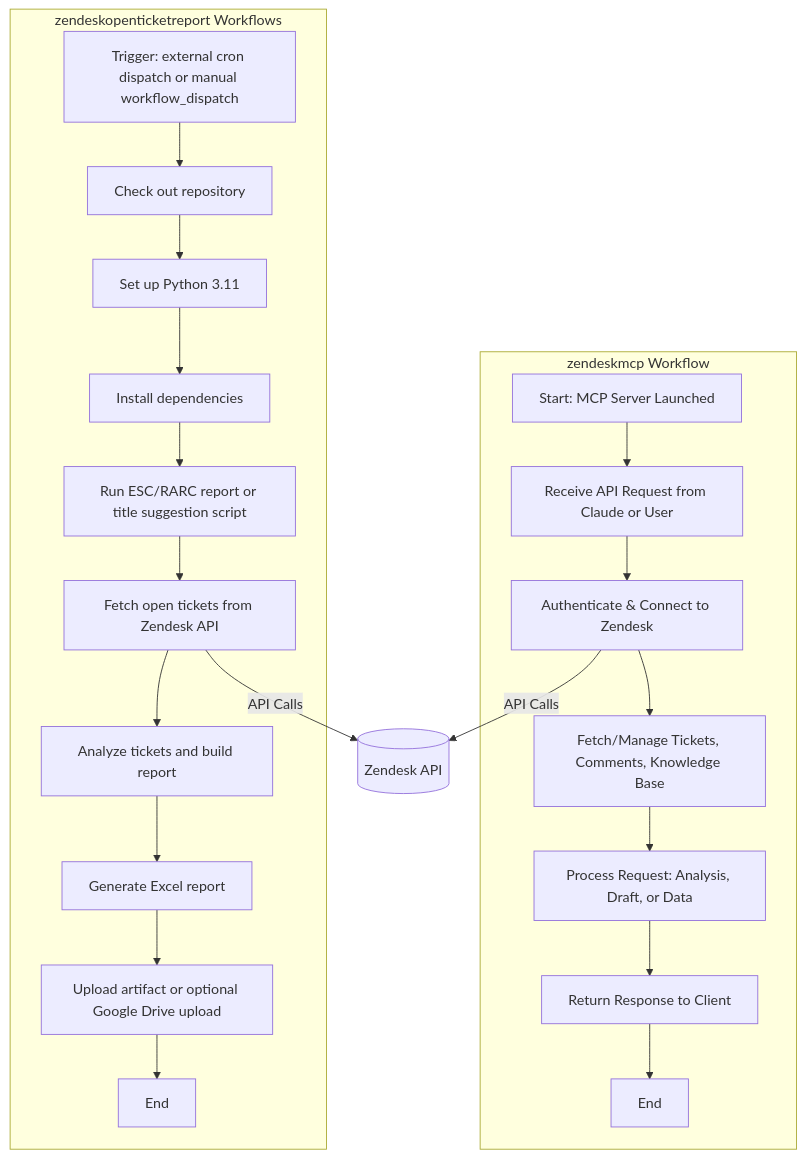
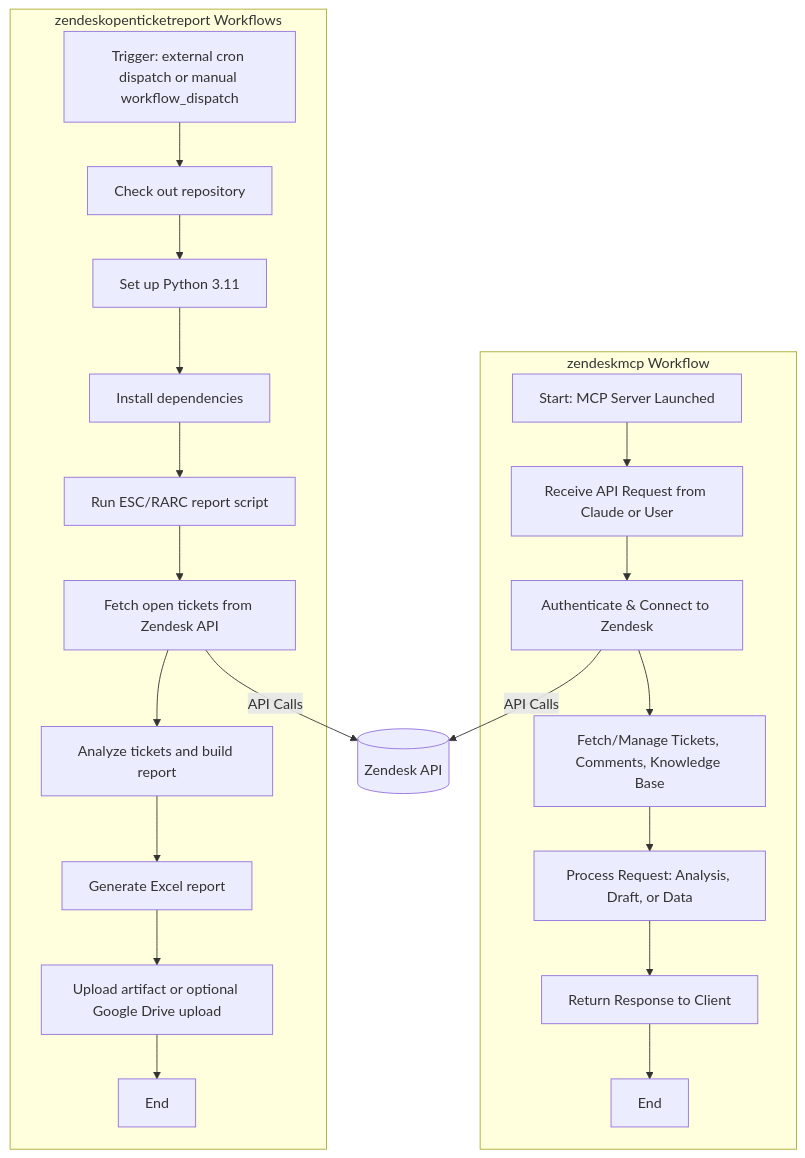
The diagram in zendesk_integration_workflow.md (cvee-csa/zendeskintegrationdiagram), drawn with Mermaid before and after one commit. The commit also changed other lines of this file, not shown here.

Commit message:
update zendesk diagram with now-removed files

````diff
--- a/zendesk_integration_workflow.md
+++ b/zendesk_integration_workflow.md
@@ -7,32 +7,32 @@
 ```mermaid
 flowchart TD
     subgraph OpenTicketReport[zendeskopenticketreport Workflows]
         A0[Trigger: external cron dispatch or manual workflow_dispatch]
         A1[Check out repository]
         A2[Set up Python 3.11]
         A3[Install dependencies]
-        A4[Run ESC/RARC report or title suggestion script]
+        A4[Run ESC/RARC report script]
         A5[Fetch open tickets from Zendesk API]
         A6[Analyze tickets and build report]
         A7[Generate Excel report]
         A8[Upload artifact or optional Google Drive upload]
         A9[End]
         A0 --> A1 --> A2 --> A3 --> A4 --> A5 --> A6 --> A7 --> A8 --> A9
     end
 
     subgraph MCPServer[zendeskmcp Workflow]
         B1[Start: MCP Server Launched]
         B2[Receive API Request from Claude or User]
         B3[Authenticate & Connect to Zendesk]
         B4[Fetch/Manage Tickets, Comments, Knowledge Base]
         B5[Process Request: Analysis, Draft, or Data]
         B6[Return Response to Client]
         B7[End]
         B1 --> B2 --> B3 --> B4 --> B5 --> B6 --> B7
     end
 
     %% Optional: Show Zendesk as a shared resource
     Zendesk[(Zendesk API)]
     A5 -- API Calls --> Zendesk
     B3 -- API Calls --> Zendesk
 ```
````
